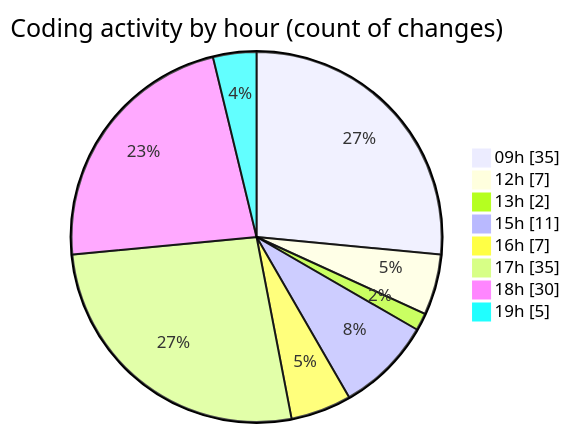
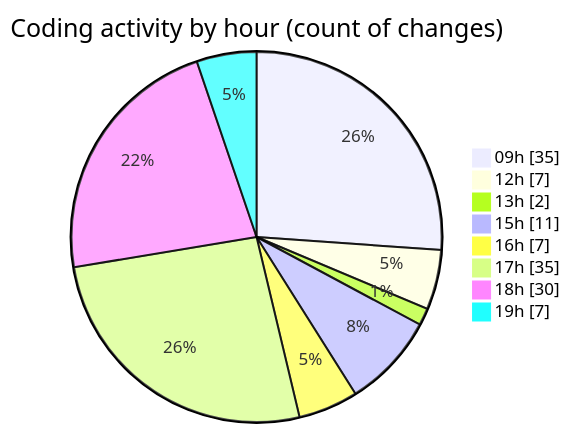
The second of 2 diagrams in 2026-06-11/cda/README.md (momahboobian/code-tracking), drawn with Mermaid before and after one commit. The commit also changed other lines of this file and 1 other file, not shown here.

````diff
--- a/2026-06-11/cda/README.md
+++ b/2026-06-11/cda/README.md
@@ -71,12 +71,12 @@
 ```mermaid
 pie showData
 title Coding activity by hour (count of changes)
 "09h" : 35
 "12h" : 7
 "13h" : 2
 "15h" : 11
 "16h" : 7
 "17h" : 35
 "18h" : 30
-"19h" : 5
+"19h" : 7
 ```
````
